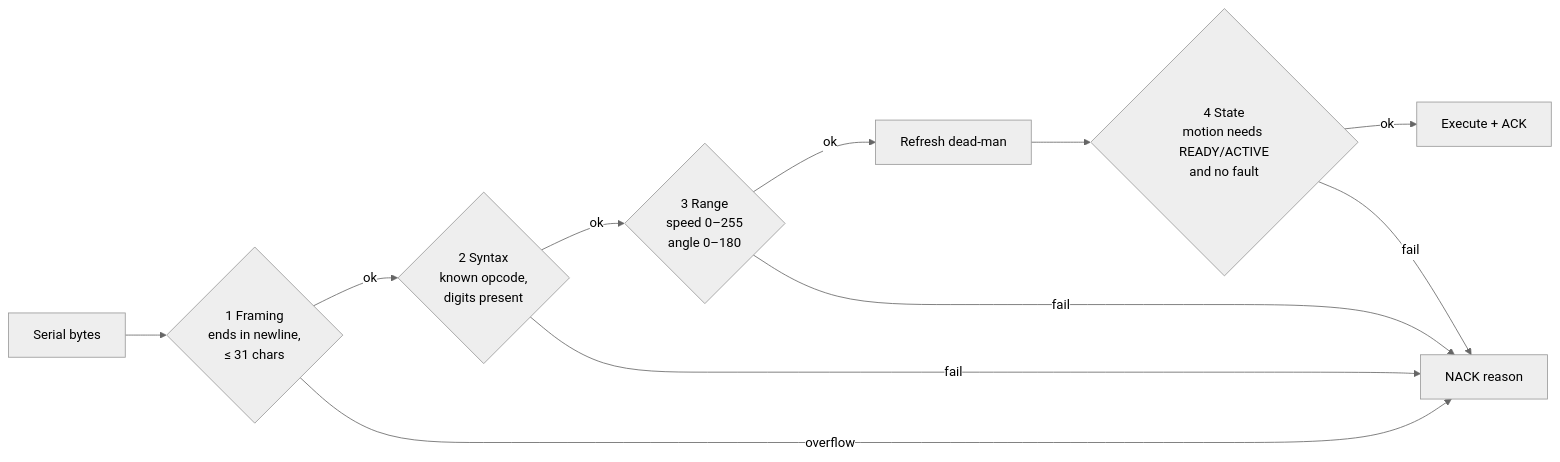
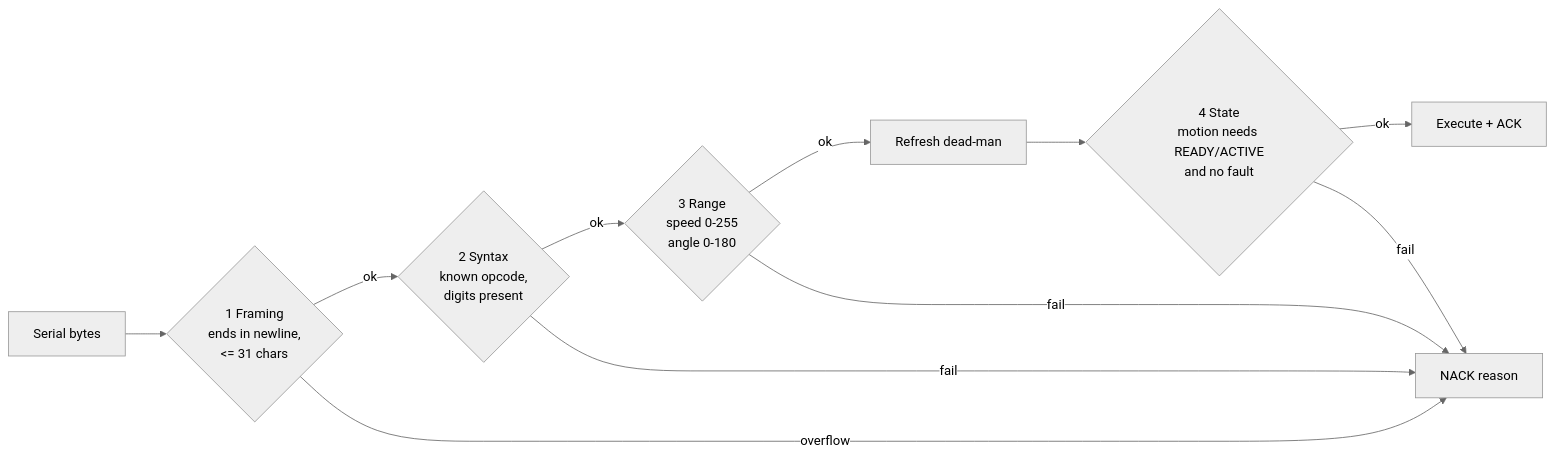
The fifth of 27 diagrams in research paper/section4_methodology.md (baiust999/robort-code-from-pi), drawn with Mermaid (neutral theme) before and after one commit. The commit also changed other lines of this file and 4 other files, not shown here.

````diff
--- a/research paper/section4_methodology.md
+++ b/research paper/section4_methodology.md
@@ -161,13 +161,13 @@
 ```mermaid
 flowchart LR
-  IN["Serial bytes"] --> S1{"1 Framing<br/>ends in newline,<br/>≤ 31 chars"}
+  IN["Serial bytes"] --> S1{"1 Framing<br/>ends in newline,<br/><= 31 chars"}
   S1 -- ok --> S2{"2 Syntax<br/>known opcode,<br/>digits present"}
-  S2 -- ok --> S3{"3 Range<br/>speed 0–255<br/>angle 0–180"}
+  S2 -- ok --> S3{"3 Range<br/>speed 0-255<br/>angle 0-180"}
   S3 -- ok --> DM["Refresh dead-man"]
   DM --> S4{"4 State<br/>motion needs READY/ACTIVE<br/>and no fault"}
   S4 -- ok --> EX["Execute + ACK"]
   S1 -- overflow --> N["NACK reason"]
   S2 -- fail --> N
   S3 -- fail --> N
   S4 -- fail --> N
 ```
````
